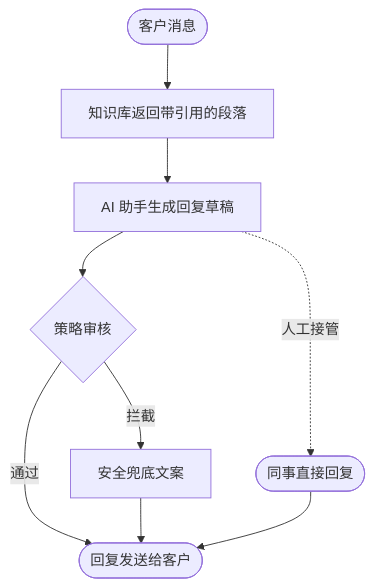
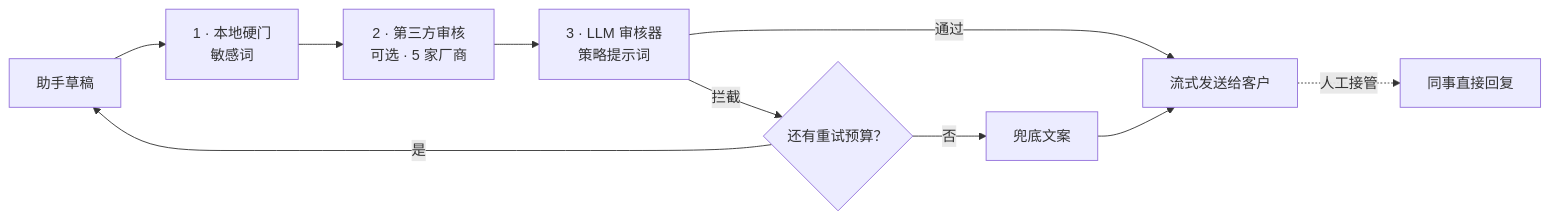
The second of 2 diagrams in README.zh-CN.md (jameskkkk7/Bridge-Agents), drawn with Mermaid before and after one commit. The commit also changed other lines of this file and 1 other file, not shown here.

First line of the commit message:
docs: rewrite README around no-code flow, review gate and enterprise integration

````diff
--- a/README.zh-CN.md
+++ b/README.zh-CN.md
@@ -47,11 +120,12 @@
 ```mermaid
-flowchart TD
-    customer(["客户消息"]) --> retrieve["知识库返回带引用的段落"]
-    retrieve --> assistant["AI 助手生成回复草稿"]
-    assistant --> review{"策略审核"}
-    review -->|通过| sent(["回复发送给客户"])
-    review -->|拦截| fallback["安全兜底文案"]
-    fallback --> sent
-    assistant -.->|人工接管| teammate(["同事直接回复"])
-    teammate --> sent
+flowchart LR
+    Draft["助手草稿"] --> Local["1 · 本地硬门<br/>敏感词"]
+    Local --> Mod["2 · 第三方审核<br/>可选 · 5 家厂商"]
+    Mod --> Judge["3 · LLM 审核器<br/>策略提示词"]
+    Judge -->|通过| Stream["流式发送给客户"]
+    Judge -->|拦截| Retry{"还有重试预算？"}
+    Retry -->|是| Draft
+    Retry -->|否| Fallback["兜底文案"]
+    Fallback --> Stream
+    Stream -.->|人工接管| Human["同事直接回复"]
 ```
````
